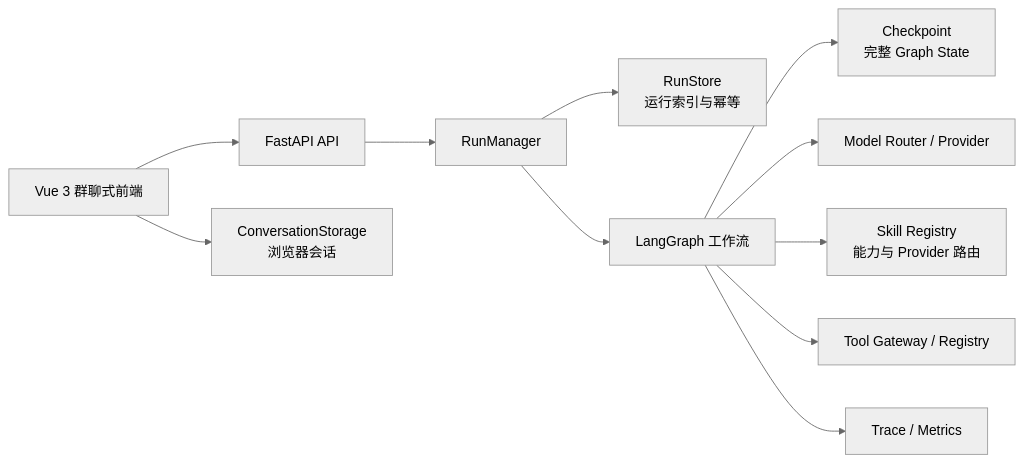
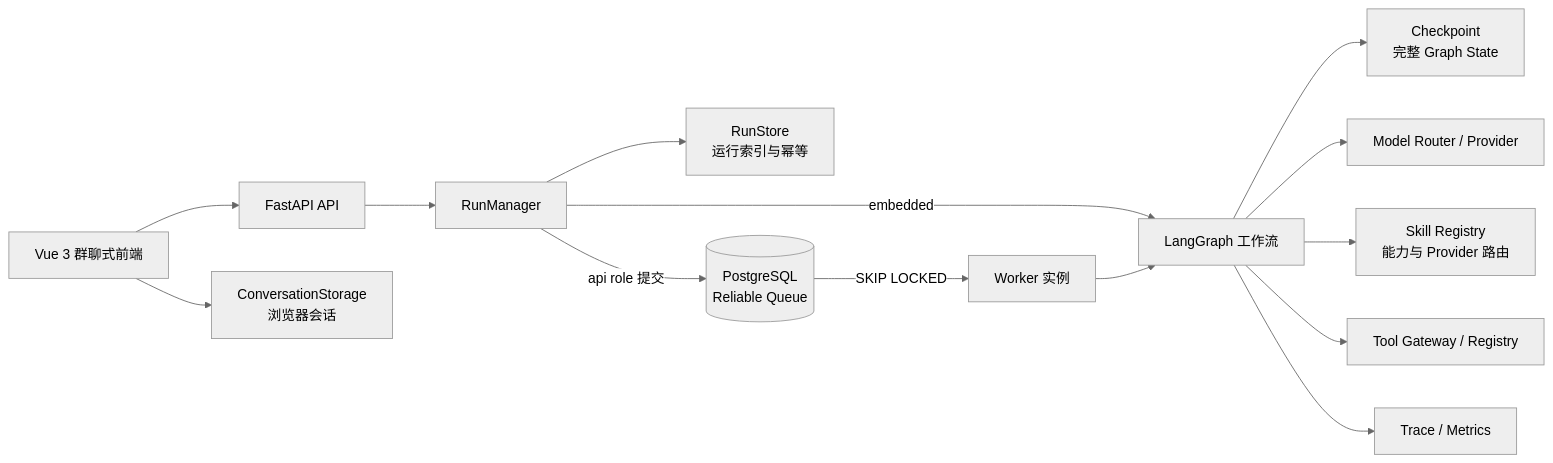
Before and after one commit to 1ceS1amese/work-harness: the diagram in docs/development-status.md, drawn with Mermaid (neutral theme). The commit also changed other lines of this file and 221 other files, not shown here.

````diff
--- a/docs/development-status.md
+++ b/docs/development-status.md
@@ -49,13 +83,16 @@
 ```mermaid
 flowchart LR
     UI[Vue 3 群聊式前端] --> API[FastAPI API]
     API --> RM[RunManager]
     RM --> RS[RunStore<br/>运行索引与幂等]
-    RM --> WF[LangGraph 工作流]
+    RM -->|embedded| WF[LangGraph 工作流]
+    RM -->|api role 提交| PQ[(PostgreSQL<br/>Reliable Queue)]
+    PQ -->|SKIP LOCKED| WR[Worker 实例]
+    WR --> WF
     WF --> CP[Checkpoint<br/>完整 Graph State]
     WF --> MM[Model Router / Provider]
     WF --> SK[Skill Registry<br/>能力与 Provider 路由]
     WF --> TG[Tool Gateway / Registry]
     WF --> TR[Trace / Metrics]
     UI --> CS[ConversationStorage<br/>浏览器会话]
 ```
````
